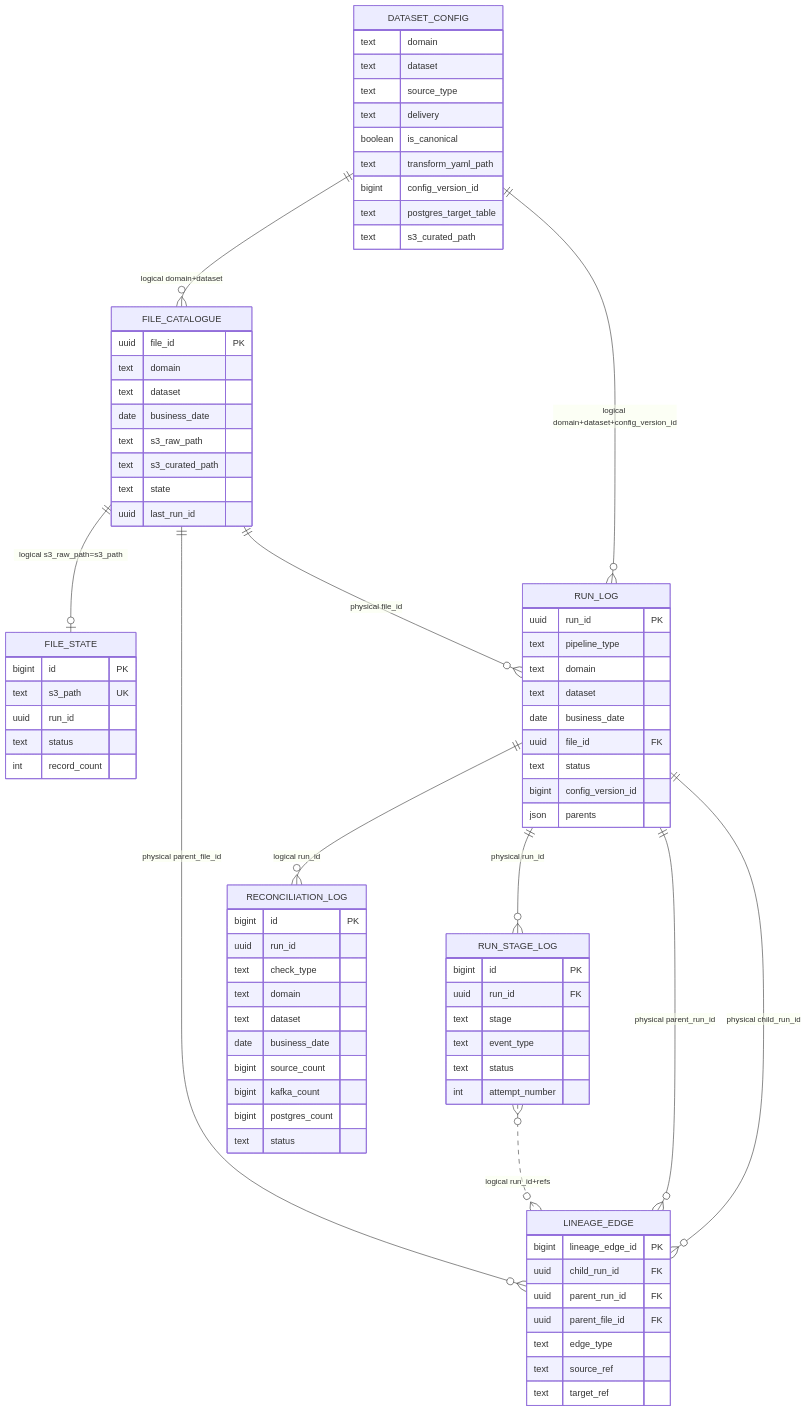
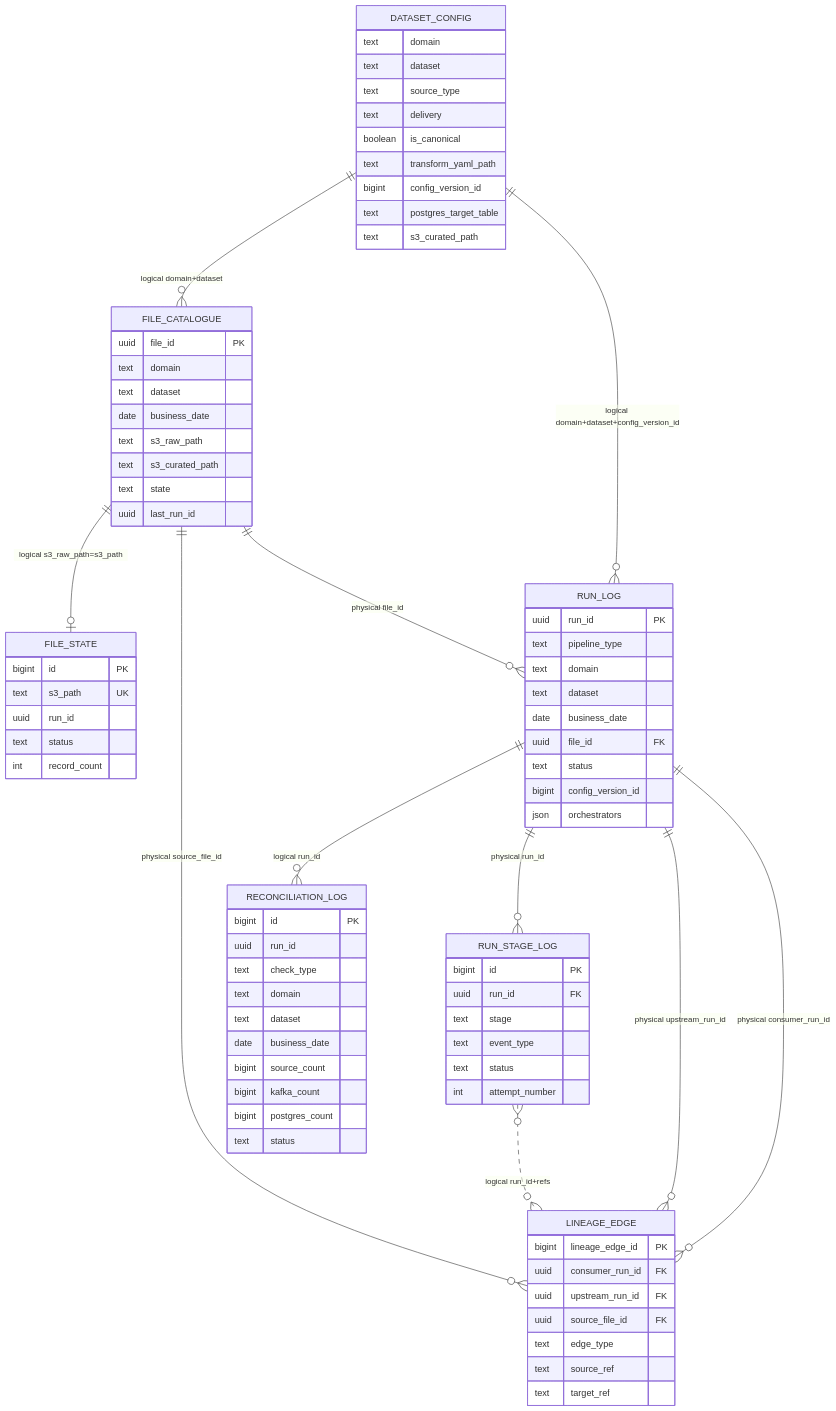
Before and after one commit to holdersav20001/ods: the first of 2 diagrams in docs/dev-guides/control-table-writes-direct-postgres.md, drawn with Mermaid. The commit also changed other lines of this file and 67 other files, not shown here.

````diff
--- a/docs/dev-guides/control-table-writes-direct-postgres.md
+++ b/docs/dev-guides/control-table-writes-direct-postgres.md
@@ -82,7 +82,7 @@
         uuid file_id FK
         text status
         bigint config_version_id
-        json parents
+        json orchestrators
     }
 
     RUN_STAGE_LOG {
@@ -96,9 +96,9 @@
 
     LINEAGE_EDGE {
         bigint lineage_edge_id PK
-        uuid child_run_id FK
-        uuid parent_run_id FK
-        uuid parent_file_id FK
+        uuid consumer_run_id FK
+        uuid upstream_run_id FK
+        uuid source_file_id FK
         text edge_type
         text source_ref
         text target_ref
@@ -122,9 +122,9 @@
     FILE_CATALOGUE ||--o{ RUN_LOG : "physical file_id"
     FILE_CATALOGUE ||--o| FILE_STATE : "logical s3_raw_path=s3_path"
     RUN_LOG ||--o{ RUN_STAGE_LOG : "physical run_id"
-    RUN_LOG ||--o{ LINEAGE_EDGE : "physical child_run_id"
-    RUN_LOG ||--o{ LINEAGE_EDGE : "physical parent_run_id"
+    RUN_LOG ||--o{ LINEAGE_EDGE : "physical consumer_run_id"
+    RUN_LOG ||--o{ LINEAGE_EDGE : "physical upstream_run_id"
     RUN_STAGE_LOG }o..o{ LINEAGE_EDGE : "logical run_id+refs"
-    FILE_CATALOGUE ||--o{ LINEAGE_EDGE : "physical parent_file_id"
+    FILE_CATALOGUE ||--o{ LINEAGE_EDGE : "physical source_file_id"
     RUN_LOG ||--o{ RECONCILIATION_LOG : "logical run_id"
 ```
````
